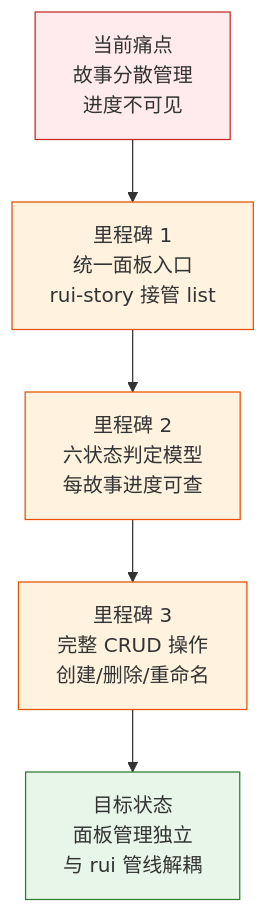
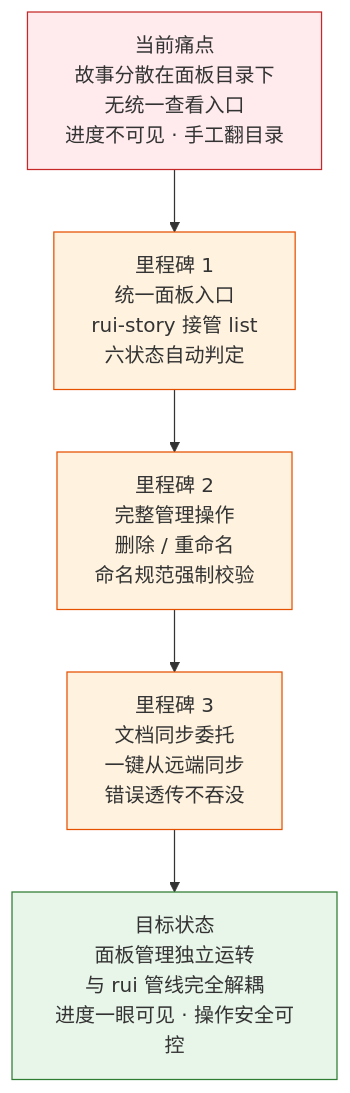
The second of 6 diagrams in docs/故事任务面板/rui-story/01-故事任务.md (effiy/YrY), drawn with Mermaid before and after one commit. The commit also changed other lines of this file and 6 other files, not shown here.

````diff
--- a/docs/故事任务面板/rui-story/01-故事任务.md
+++ b/docs/故事任务面板/rui-story/01-故事任务.md
@@ -37,12 +75,12 @@
 ```mermaid
 flowchart TD
-    NOW["当前痛点<br/>故事分散管理<br/>进度不可见"]:::pain
-    NOW --> M1["里程碑 1<br/>统一面板入口<br/>rui-story 接管 list"]:::milestone
-    M1 --> M2["里程碑 2<br/>六状态判定模型<br/>每故事进度可查"]:::milestone
-    M2 --> M3["里程碑 3<br/>完整 CRUD 操作<br/>创建/删除/重命名"]:::milestone
-    M3 --> GOAL["目标状态<br/>面板管理独立<br/>与 rui 管线解耦"]:::goal
+    NOW["当前痛点<br/>故事分散在面板目录下<br/>无统一查看入口<br/>进度不可见 · 手工翻目录"]:::pain
+    NOW --> M1["里程碑 1<br/>统一面板入口<br/>rui-story 接管 list<br/>六状态自动判定"]:::milestone
+    M1 --> M2["里程碑 2<br/>完整管理操作<br/>删除 / 重命名<br/>命名规范强制校验"]:::milestone
+    M2 --> M3["里程碑 3<br/>文档同步委托<br/>一键从远端同步<br/>错误透传不吞没"]:::milestone
+    M3 --> GOAL["目标状态<br/>面板管理独立运转<br/>与 rui 管线完全解耦<br/>进度一眼可见 · 操作安全可控"]:::goal
 
     classDef pain fill:#ffebee,stroke:#c62828;
     classDef milestone fill:#fff3e0,stroke:#e65100;
     classDef goal fill:#e8f5e9,stroke:#2e7d32;
 ```
````
